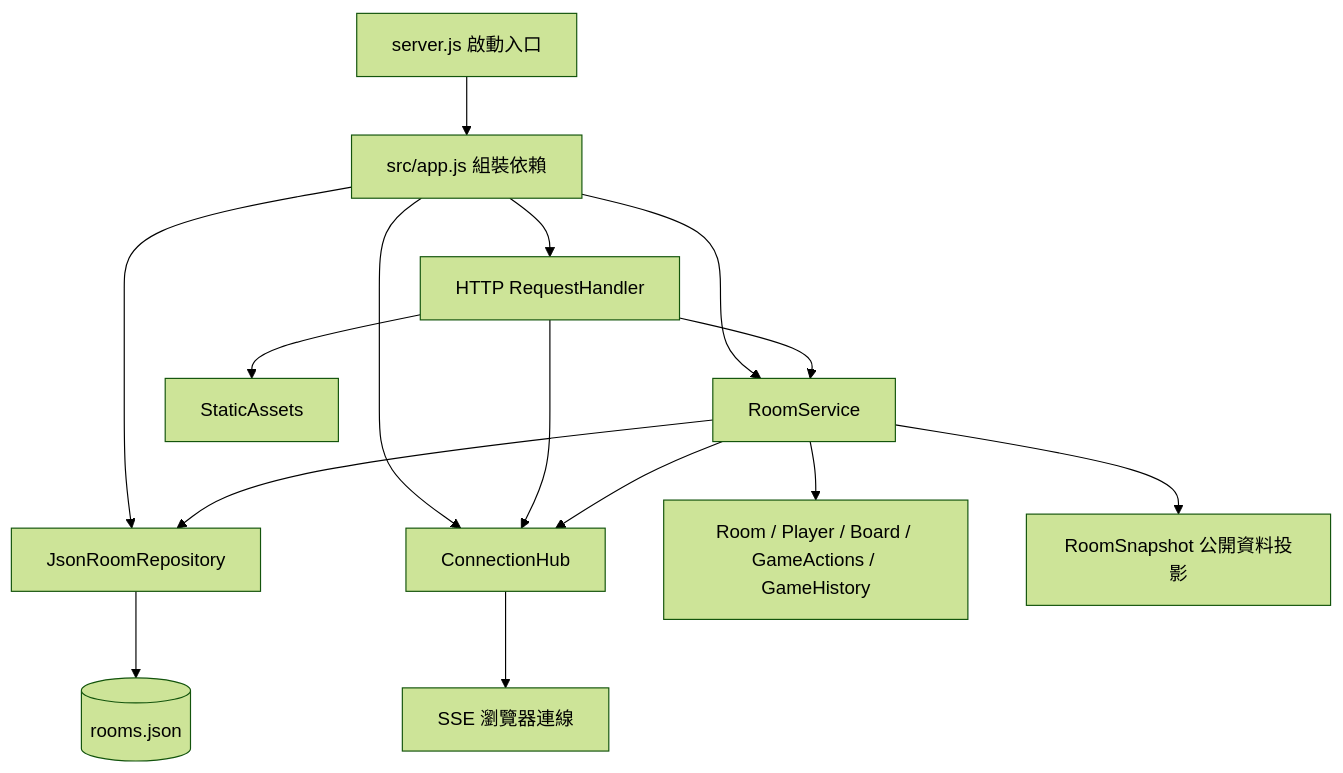
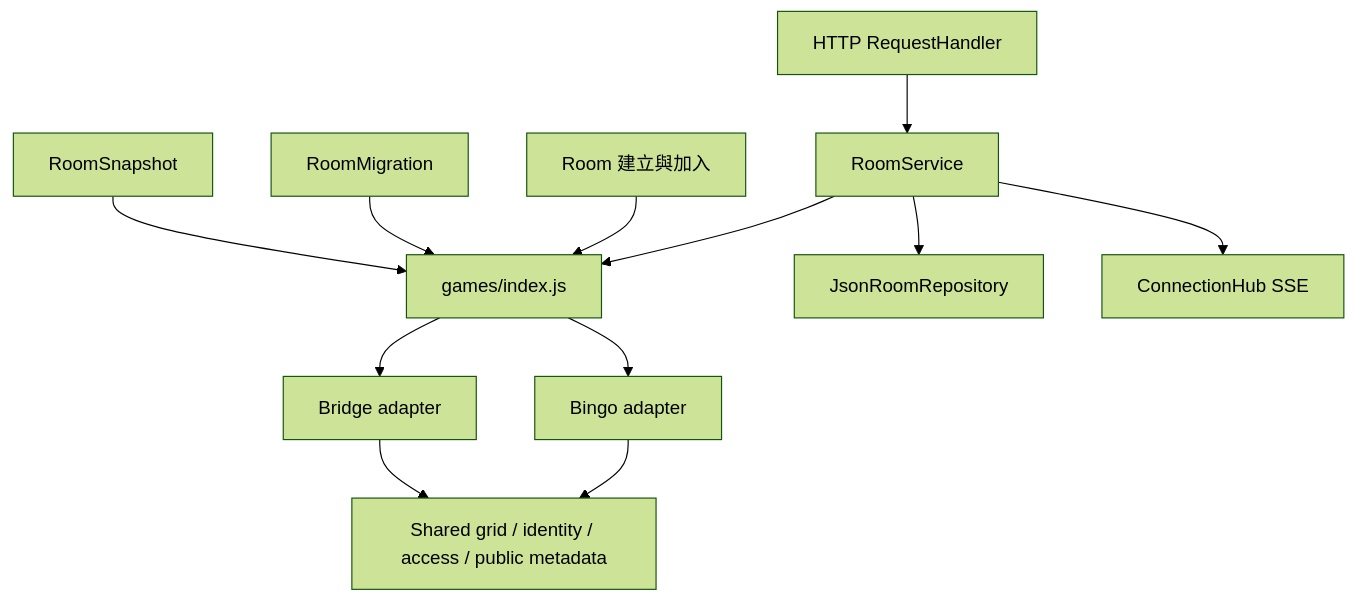
Before and after one commit to as468579/BingoGame: the diagram in docs/architecture.md, drawn with Mermaid (forest theme). The commit also changed other lines of this file and 101 other files, not shown here.

First line of the commit message:
feat: add Bridge Bingo and modular game architecture

````diff
--- a/docs/architecture.md
+++ b/docs/architecture.md
@@ -7,17 +36,14 @@
 ```mermaid
 flowchart TD
-  Entry[server.js 啟動入口] --> Factory[src/app.js 組裝依賴]
-  Factory --> HTTP[HTTP RequestHandler]
-  Factory --> Service[RoomService]
-  Factory --> Repo[JsonRoomRepository]
-  Factory --> Hub[ConnectionHub]
-  HTTP --> Service
-  HTTP --> Hub
-  HTTP --> Static[StaticAssets]
-  Service --> Domain[Room / Player / Board / GameActions / GameHistory]
-  Service --> Snapshot[RoomSnapshot 公開資料投影]
-  Service --> Repo
-  Service --> Hub
-  Repo --> JSON[(rooms.json)]
-  Hub --> SSE[SSE 瀏覽器連線]
+  HTTP[HTTP RequestHandler] --> Service[RoomService]
+  Service --> Registry[games/index.js]
+  Room[Room 建立與加入] --> Registry
+  Migration[RoomMigration] --> Registry
+  Projection[RoomSnapshot] --> Registry
+  Registry --> Bingo[Bingo adapter]
+  Registry --> Bridge[Bridge adapter]
+  Bingo --> Shared[Shared grid / identity / access / public metadata]
+  Bridge --> Shared
+  Service --> Repository[JsonRoomRepository]
+  Service --> Connection[ConnectionHub SSE]
 ```
````
